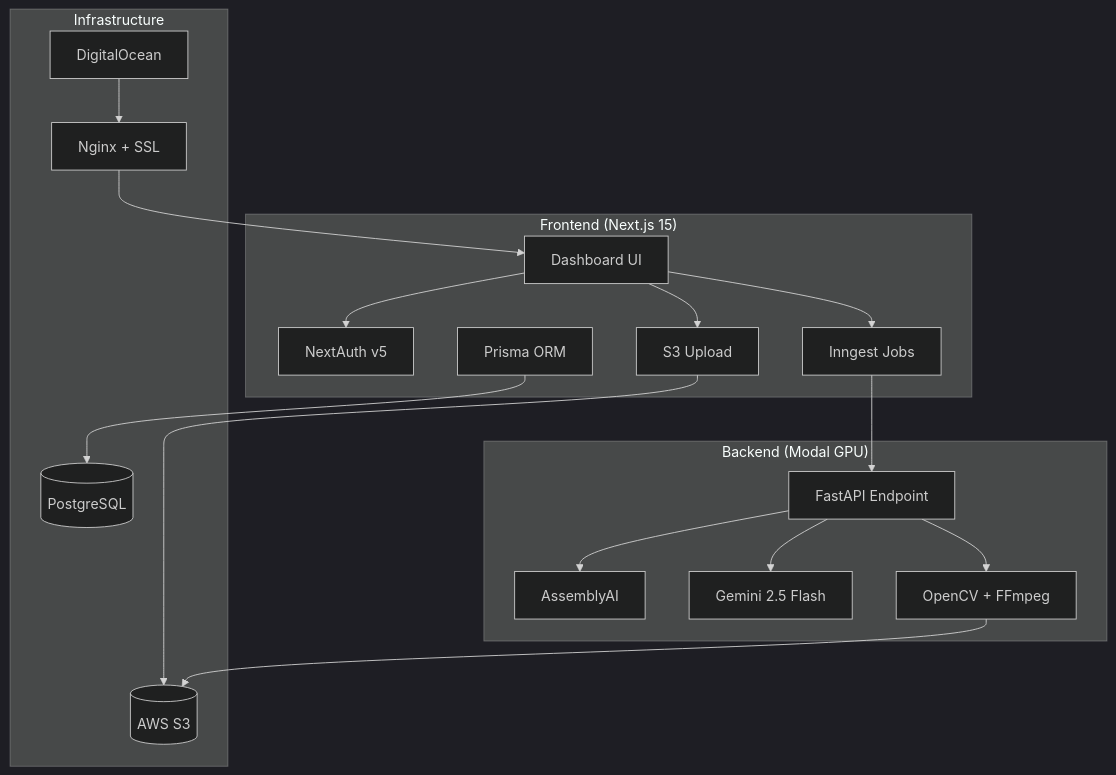
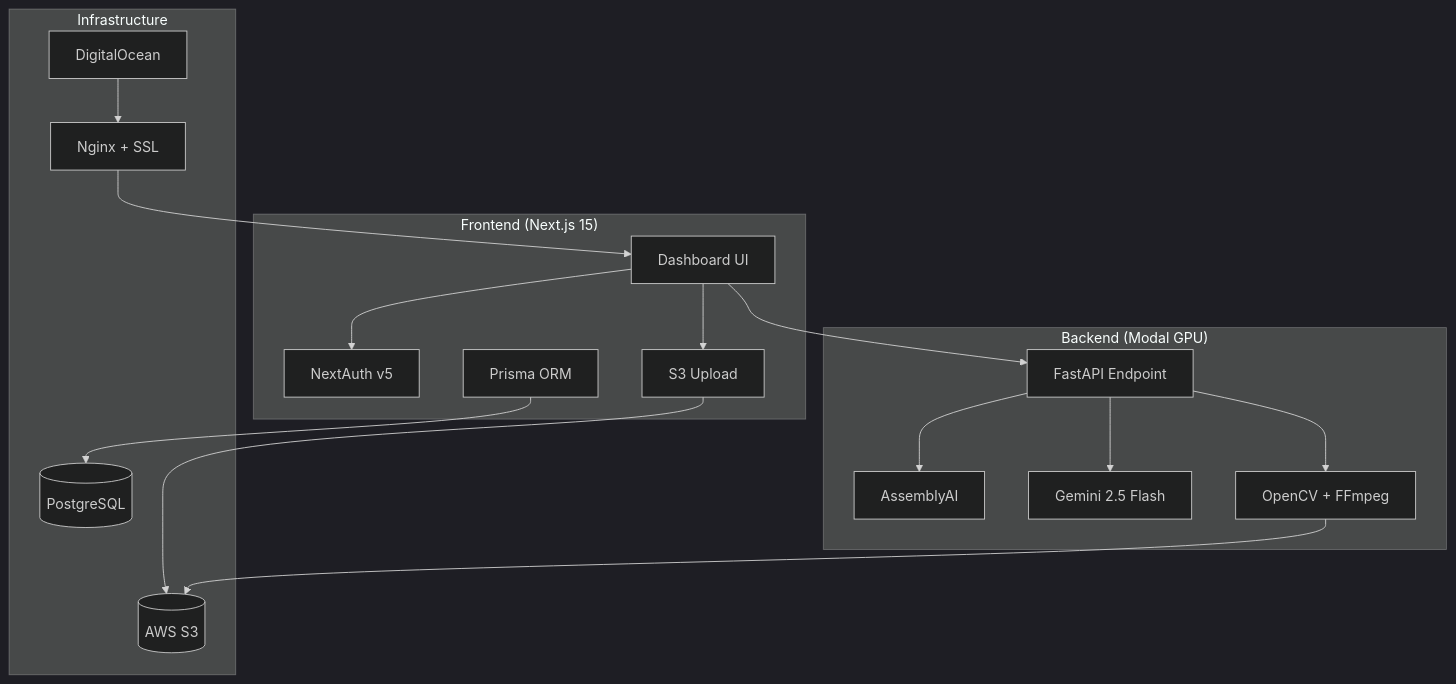
Before and after one commit to ETS2K7/ClippedAI: the diagram in README.md, drawn with Mermaid (dark theme). The commit also changed other lines of this file and 1 other file, not shown here.

Commit message:
docs: fix outdated architecture info and replace t3 boilerplate in frontend README

````diff
--- a/README.md
+++ b/README.md
@@ -7,35 +7,34 @@
 ```mermaid
 graph TB
     subgraph Frontend["Frontend (Next.js 15)"]
         UI[Dashboard UI]
         Auth[NextAuth v5]
         Prisma[Prisma ORM]
-        Inngest[Inngest Jobs]
         S3Upload[S3 Upload]
     end
 
     subgraph Backend["Backend (Modal GPU)"]
         API[FastAPI Endpoint]
         Transcribe[AssemblyAI]
         LLM[Gemini 2.5 Flash]
         VideoProc[OpenCV + FFmpeg]
     end
 
     subgraph Infra["Infrastructure"]
         DB[(PostgreSQL)]
         S3[(AWS S3)]
         OCI[DigitalOcean]
         Nginx[Nginx + SSL]
     end
 
     UI --> Auth
     UI --> S3Upload --> S3
-    UI --> Inngest --> API
+    UI --> API
     API --> Transcribe
     API --> LLM
     API --> VideoProc
     VideoProc --> S3
     Prisma --> DB
     Nginx --> UI
     OCI --> Nginx
 ```
````
